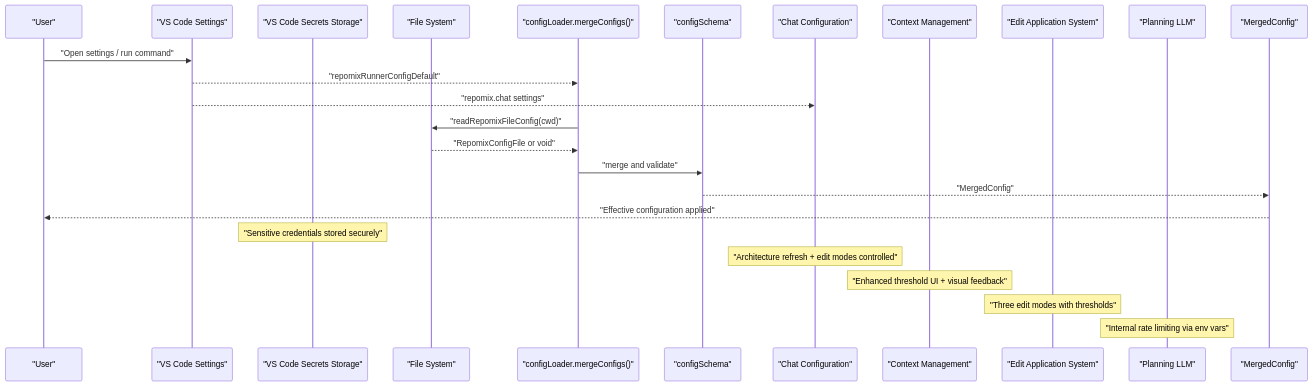
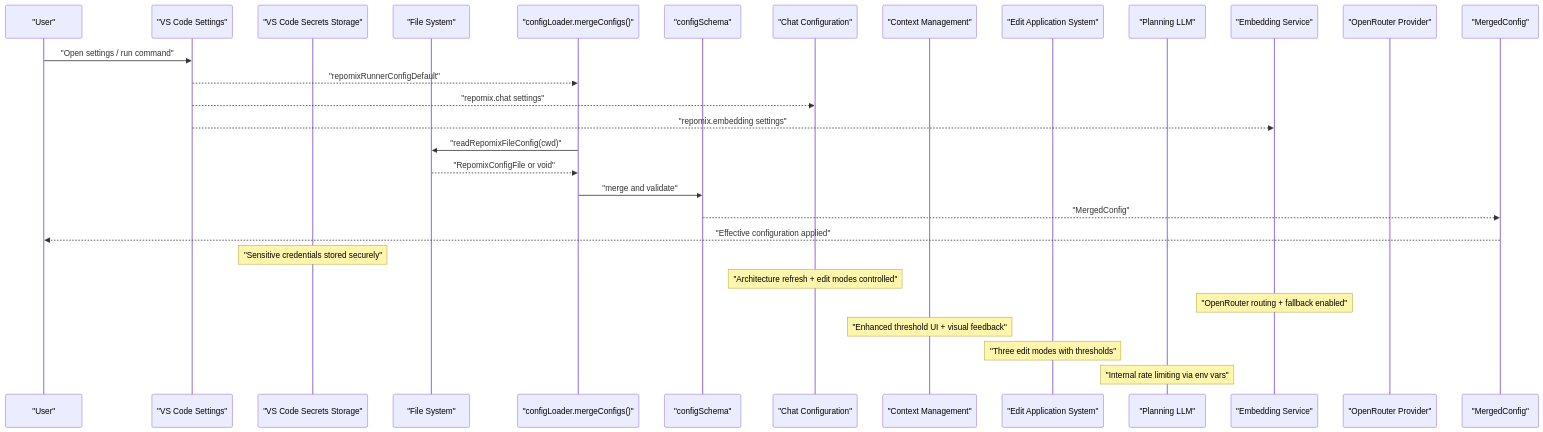
One commit to bramburn/repomix-runner changed the second of 11 diagrams in .qoder/repowiki/en/content/Configuration Management/Configuration Management.md. Above: the diagram before and after it, drawn with Mermaid. The commit also changed other lines of this file and 14 other files, not shown here.

````diff
--- a/.qoder/repowiki/en/content/Configuration Management/Configuration Management.md
+++ b/.qoder/repowiki/en/content/Configuration Management/Configuration Management.md
@@ -184,27 +191,31 @@
 ```mermaid
 sequenceDiagram
 participant User as "User"
 participant VSCode as "VS Code Settings"
 participant Secrets as "VS Code Secrets Storage"
 participant FS as "File System"
 participant Loader as "configLoader.mergeConfigs()"
 participant Schema as "configSchema"
 participant ChatCfg as "Chat Configuration"
 participant ContextMgr as "Context Management"
 participant EditApplier as "Edit Application System"
 participant Planning as "Planning LLM"
+participant Embedding as "Embedding Service"
+participant OpenRouter as "OpenRouter Provider"
 participant Output as "MergedConfig"
 User->>VSCode : "Open settings / run command"
 VSCode-->>Loader : "repomixRunnerConfigDefault"
 VSCode-->>ChatCfg : "repomix.chat settings"
+VSCode-->>Embedding : "repomix.embedding settings"
 Loader->>FS : "readRepomixFileConfig(cwd)"
 FS-->>Loader : "RepomixConfigFile or void"
 Loader->>Schema : "merge and validate"
 Schema-->>Output : "MergedConfig"
 Output-->>User : "Effective configuration applied"
 Note over Secrets : "Sensitive credentials stored securely"
 Note over ChatCfg : "Architecture refresh + edit modes controlled"
+Note over Embedding : "OpenRouter routing + fallback enabled"
 Note over ContextMgr : "Enhanced threshold UI + visual feedback"
 Note over EditApplier : "Three edit modes with thresholds"
 Note over Planning : "Internal rate limiting via env vars"
 ```
````
